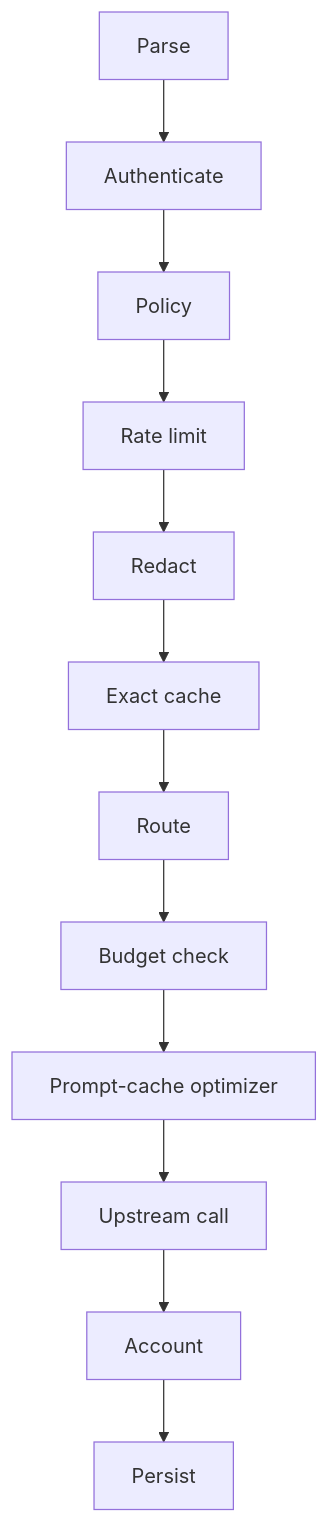
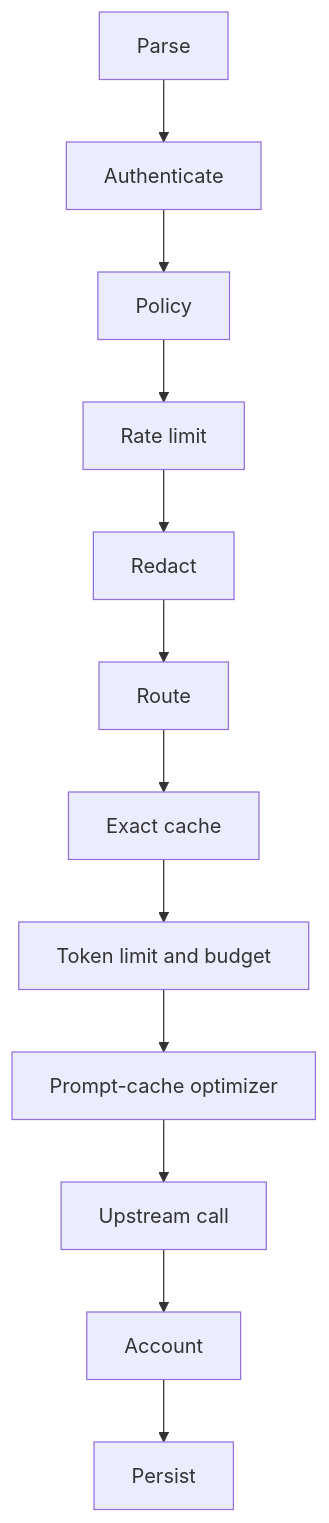
Before and after one commit to 852hamza/chowki: the second of 2 diagrams in docs/concepts/architecture.md, drawn with Mermaid. The commit also changed other lines of this file and 7 other files, not shown here.

````diff
--- a/docs/concepts/architecture.md
+++ b/docs/concepts/architecture.md
@@ -49,6 +49,6 @@
 ```mermaid
 flowchart TD
   A[Parse] --> B[Authenticate] --> C[Policy] --> D[Rate limit] --> E[Redact]
-  E --> F[Exact cache] --> G[Route] --> H[Budget check] --> I[Prompt-cache optimizer]
+  E --> F[Route] --> G[Exact cache] --> H[Token limit and budget] --> I[Prompt-cache optimizer]
   I --> J[Upstream call] --> K[Account] --> L[Persist]
 ```
````
